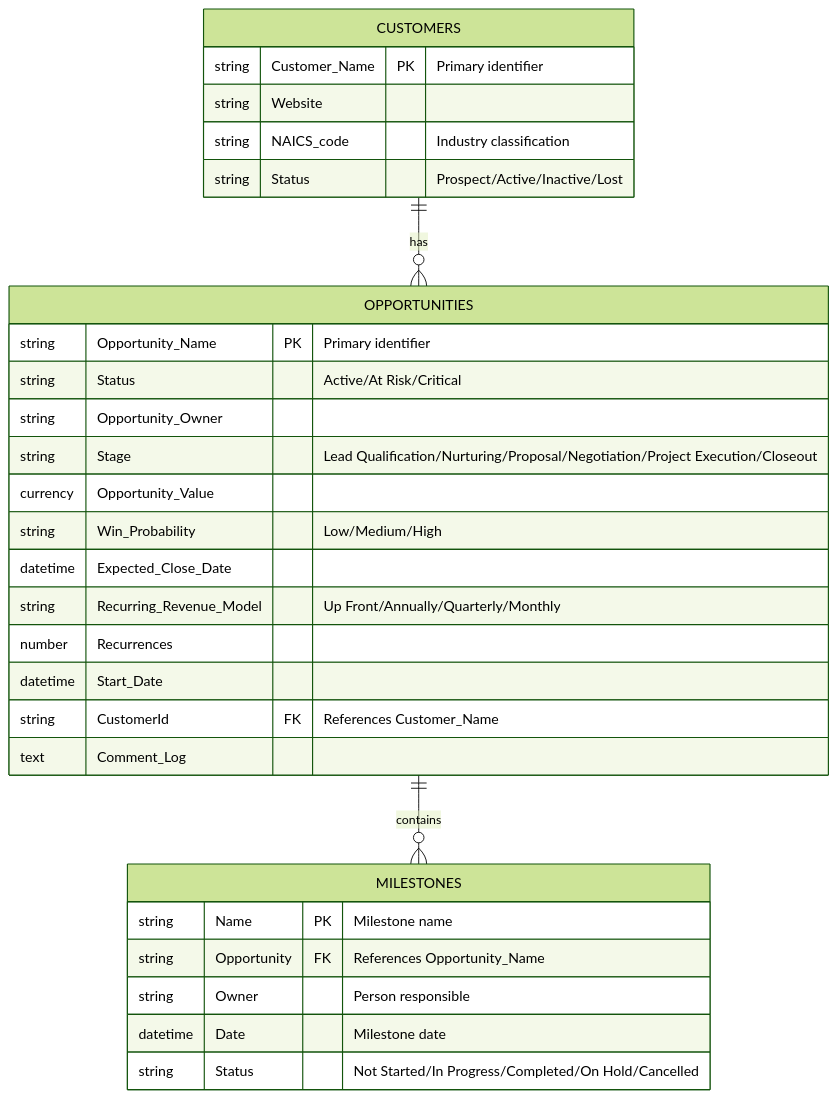
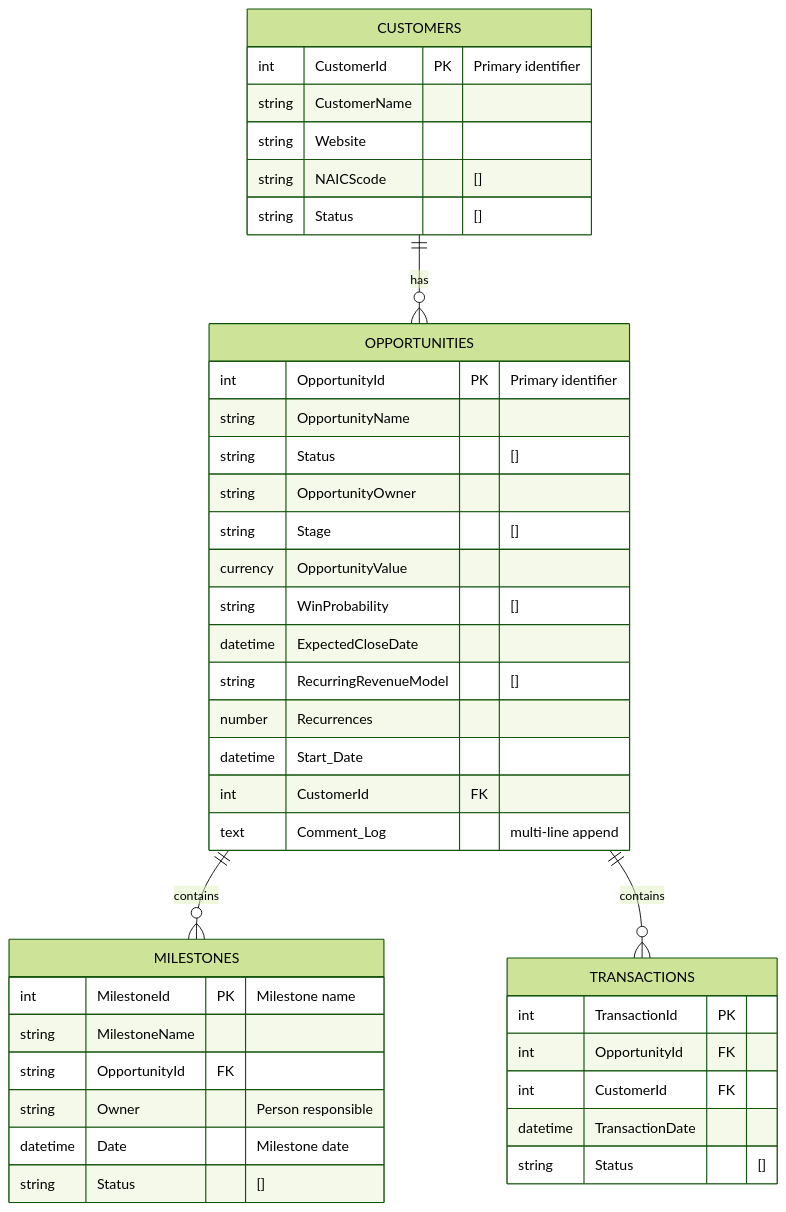
The diagram in readme.md (pgaljan/funneler), drawn with Mermaid (forest theme) before and after one commit. The commit also changed other lines of this file, not shown here.

Commit message:
erd update

````diff
--- a/readme.md
+++ b/readme.md
@@ -76,36 +76,48 @@
 ```mermaid
 erDiagram
     CUSTOMERS ||--o{ OPPORTUNITIES : "has"
     OPPORTUNITIES ||--o{ MILESTONES : "contains"
+    OPPORTUNITIES ||--o{ TRANSACTIONS : "contains"
     
     CUSTOMERS {
-        string Customer_Name PK "Primary identifier"
+        int CustomerId PK "Primary identifier"
+        string CustomerName 
         string Website
-        string NAICS_code "Industry classification"
-        string Status "Prospect/Active/Inactive/Lost"
+        string NAICScode "[]"
+        string Status "[]"
     }
     
     OPPORTUNITIES {
-        string Opportunity_Name PK "Primary identifier"
-        string Status "Active/At Risk/Critical"
-        string Opportunity_Owner
-        string Stage "Lead Qualification/Nurturing/Proposal/Negotiation/Project Execution/Closeout"
-        currency Opportunity_Value
-        string Win_Probability "Low/Medium/High"
-        datetime Expected_Close_Date
-        string Recurring_Revenue_Model "Up Front/Annually/Quarterly/Monthly"
+        int OpportunityId PK "Primary identifier"
+        string OpportunityName 
+        string Status "[]"
+        string OpportunityOwner
+        string Stage "[]"
+        currency OpportunityValue
+        string WinProbability "[]"
+        datetime ExpectedCloseDate
+        string RecurringRevenueModel "[]"
         number Recurrences
         datetime Start_Date
-        string CustomerId FK "References Customer_Name"
-        text Comment_Log
+        int CustomerId FK 
+        text Comment_Log "multi-line append" 
     }
     
     MILESTONES {
-        string Name PK "Milestone name"
-        string Opportunity FK "References Opportunity_Name"
+        int MilestoneId PK "Milestone name"
+        string MilestoneName
+        string OpportunityId FK 
         string Owner "Person responsible"
         datetime Date "Milestone date"
-        string Status "Not Started/In Progress/Completed/On Hold/Cancelled"
+        string Status "[]"
+    }
+
+    TRANSACTIONS {
+        int TransactionId PK 
+        int OpportunityId FK
+        int CustomerId FK
+        datetime TransactionDate 
+        string Status "[]"
     }
 
 ```
````
